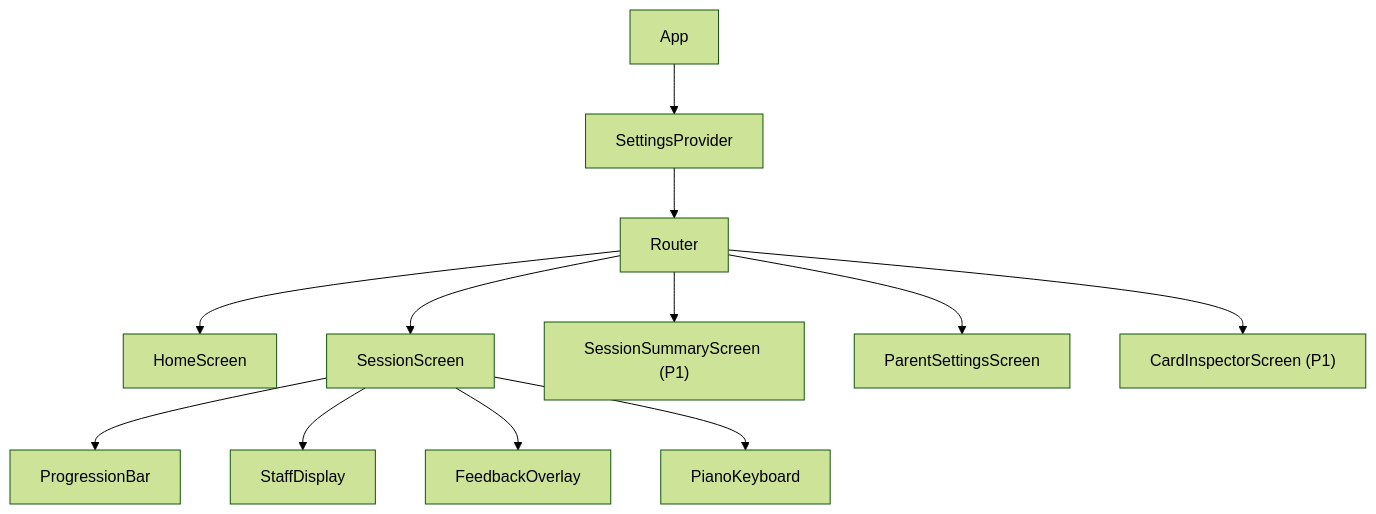
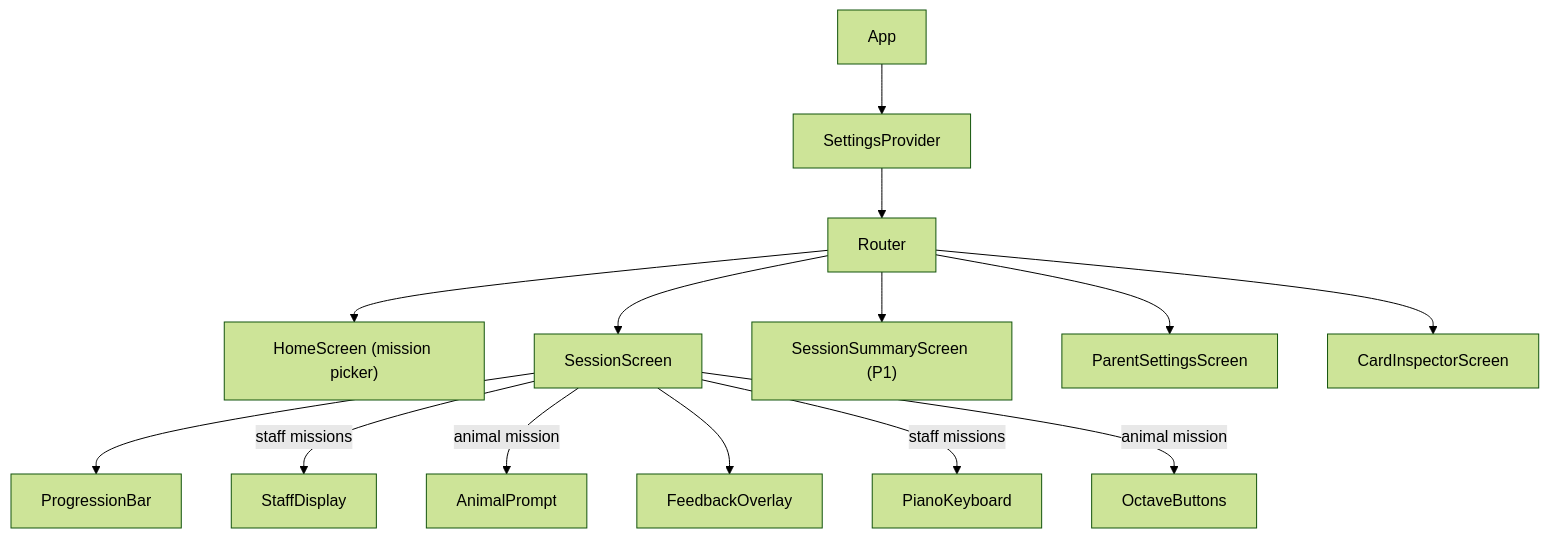
Before and after one commit to dpkay/vibeyond: the second of 2 diagrams in docs/TDD.md, drawn with Mermaid (forest theme). The commit also changed other lines of this file and 2 other files, not shown here.

First line of the commit message:
Update PRD, TDD, and UX spec with mission system

````diff
--- a/docs/TDD.md
+++ b/docs/TDD.md
@@ -56,14 +63,16 @@
 ```mermaid
 graph TD
     App --> SettingsProvider
     SettingsProvider --> Router
-    Router --> HomeScreen
+    Router --> HomeScreen["HomeScreen (mission picker)"]
     Router --> SessionScreen
     Router --> SessionSummaryScreen["SessionSummaryScreen (P1)"]
     Router --> ParentSettingsScreen
-    Router --> CardInspectorScreen["CardInspectorScreen (P1)"]
+    Router --> CardInspectorScreen
     SessionScreen --> ProgressionBar
-    SessionScreen --> StaffDisplay
+    SessionScreen -->|staff missions| StaffDisplay
+    SessionScreen -->|animal mission| AnimalPrompt
     SessionScreen --> FeedbackOverlay
-    SessionScreen --> PianoKeyboard
+    SessionScreen -->|staff missions| PianoKeyboard
+    SessionScreen -->|animal mission| OctaveButtons
 ```
````
